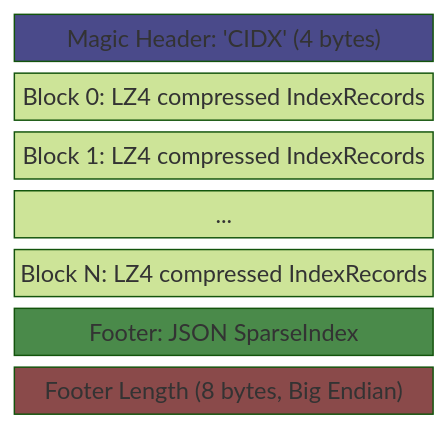
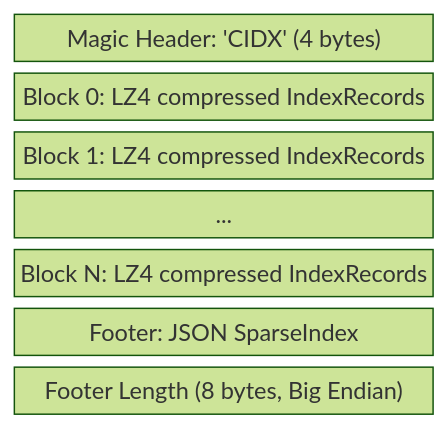
Before and after one commit to entreya/csvquery-docs: the first of 4 diagrams in src/content/docs/api-reference/go/cidx-format.mdx, drawn with Mermaid (forest theme). The commit also changed other lines of this file and 24 other files, not shown here.

Commit message:
docs: revert inline TOC, fix Mermaid diagrams, navigation, and margins

````diff
--- a/src/content/docs/api-reference/go/cidx-format.mdx
+++ b/src/content/docs/api-reference/go/cidx-format.mdx
@@ -14,15 +15,13 @@
 ```mermaid
 block-beta
     columns 1
     A["Magic Header: 'CIDX' (4 bytes)"]
     B["Block 0: LZ4 compressed IndexRecords"]
     C["Block 1: LZ4 compressed IndexRecords"]
     D["..."]
     E["Block N: LZ4 compressed IndexRecords"]
     F["Footer: JSON SparseIndex"]
     G["Footer Length (8 bytes, Big Endian)"]
     
-    style A fill:#4a4a8a
-    style F fill:#4a8a4a
-    style G fill:#8a4a4a
+
 ```
````
